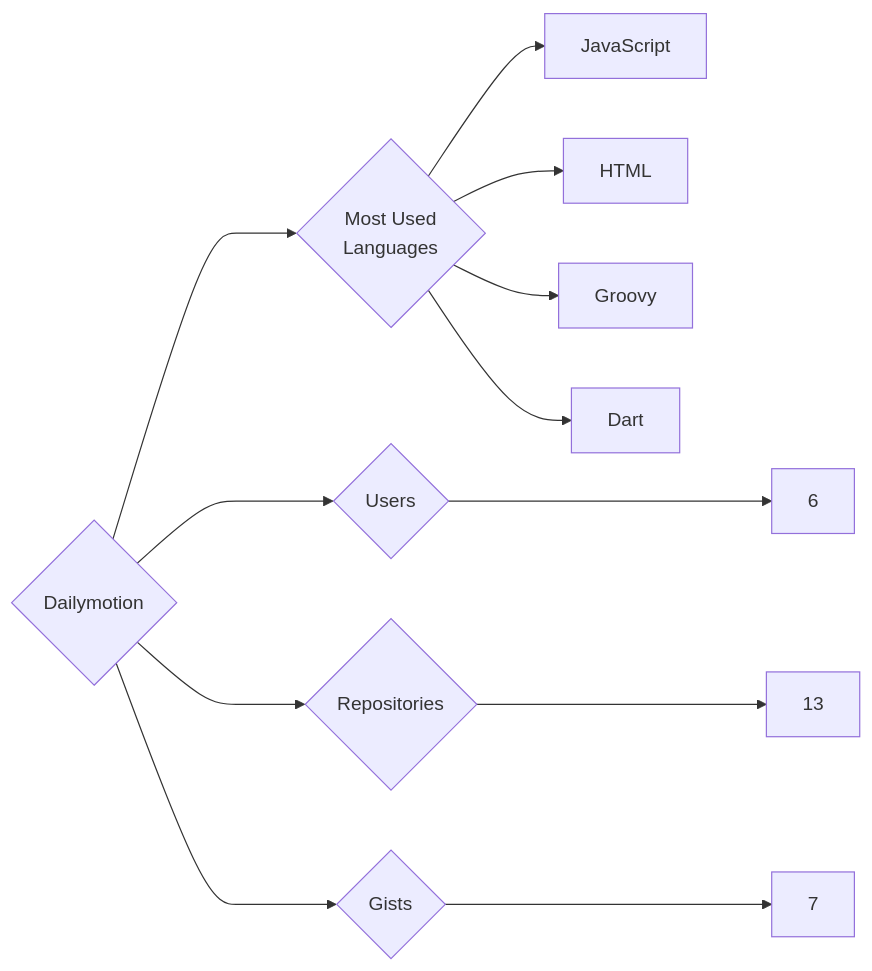
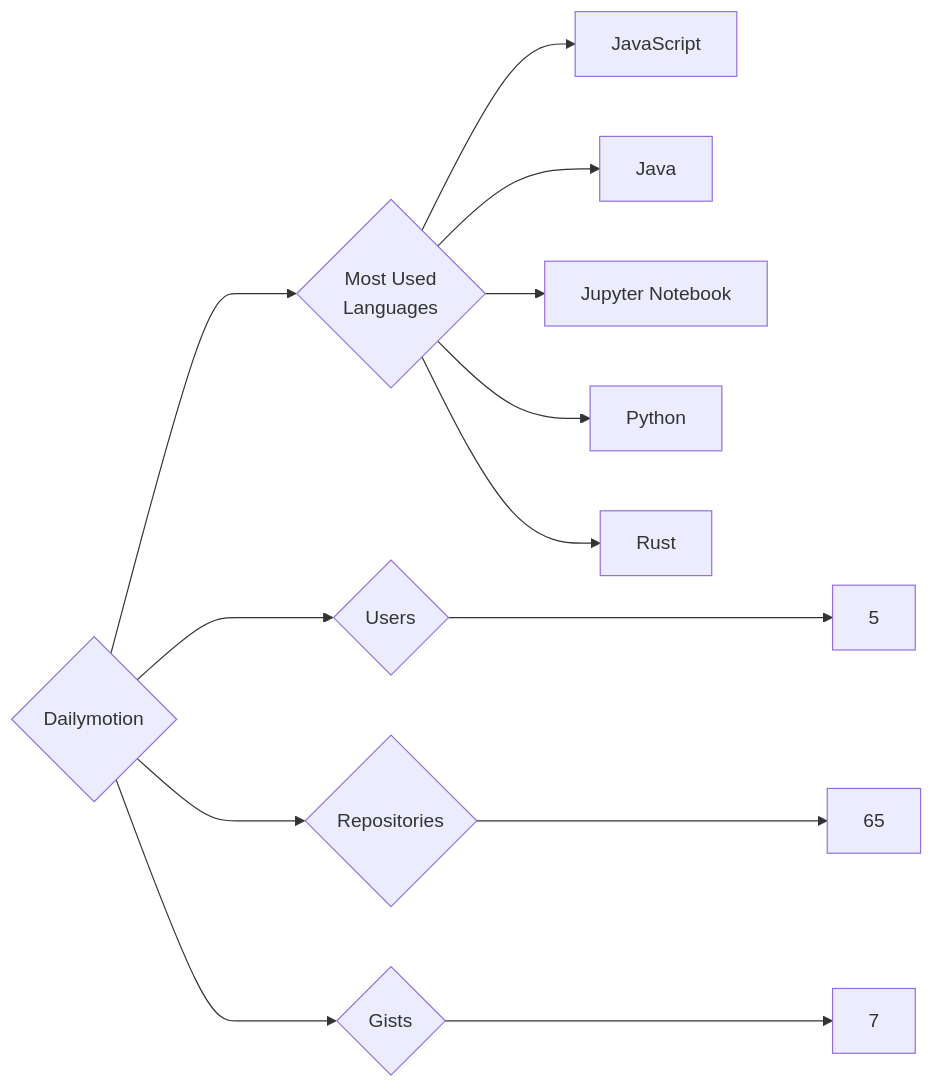
Before and after one commit to trickest/insiders: the diagram in targets/Dailymotion/README.md, drawn with Mermaid. The commit also changed 880 other files, not shown here.

````diff
--- a/targets/Dailymotion/README.md
+++ b/targets/Dailymotion/README.md
@@ -3,12 +3,13 @@
 ```mermaid
 graph LR
 COMPANY_NAME{Dailymotion}
-COMPANY_NAME ---> U{Users} ---> UN[6]
-COMPANY_NAME ---> R{Repositories} ---> RN[13]
+COMPANY_NAME ---> U{Users} ---> UN[5]
+COMPANY_NAME ---> R{Repositories} ---> RN[65]
 COMPANY_NAME ---> G{Gists} ---> GN[7]
 COMPANY_NAME ---> ML{Most Used<br>Languages}
 ML --> JavaScript[JavaScript]
-ML --> HTML[HTML]
-ML --> Groovy[Groovy]
-ML --> Dart[Dart]
+ML --> Java[Java]
+ML --> Jupyter_Notebook[Jupyter Notebook]
+ML --> Python[Python]
+ML --> Rust[Rust]
 ```
````
